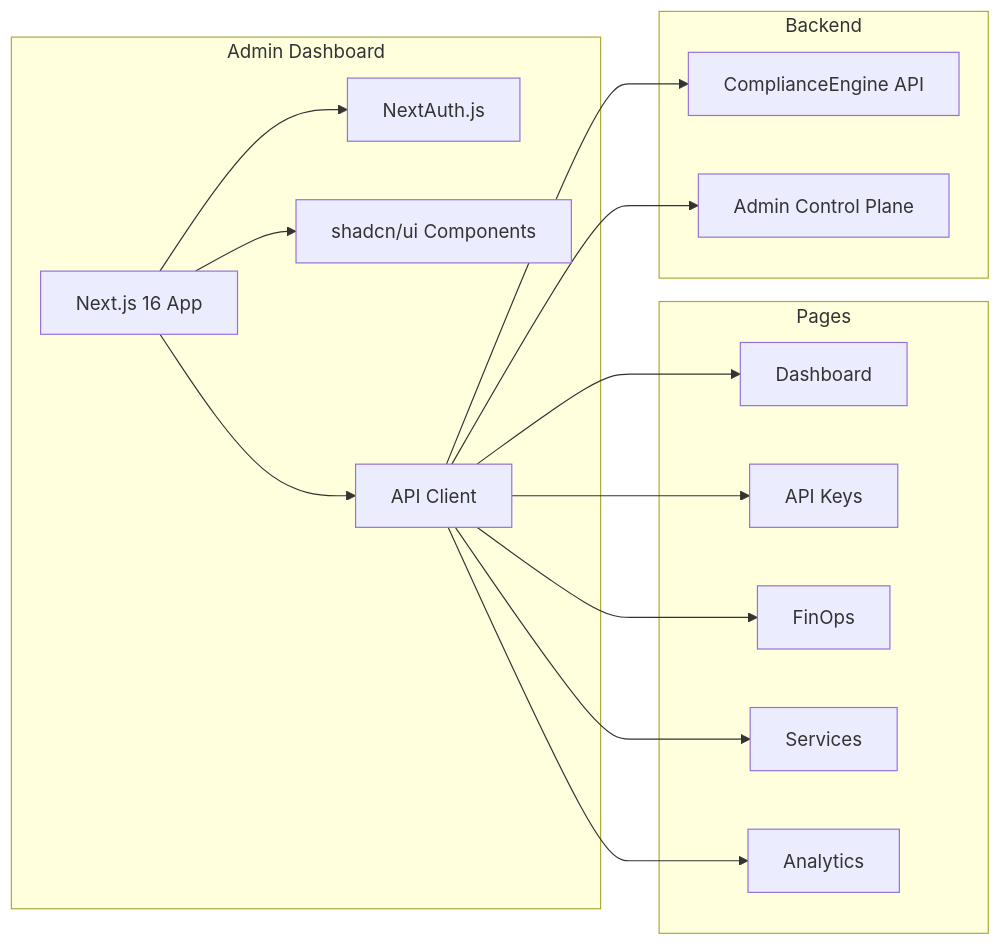
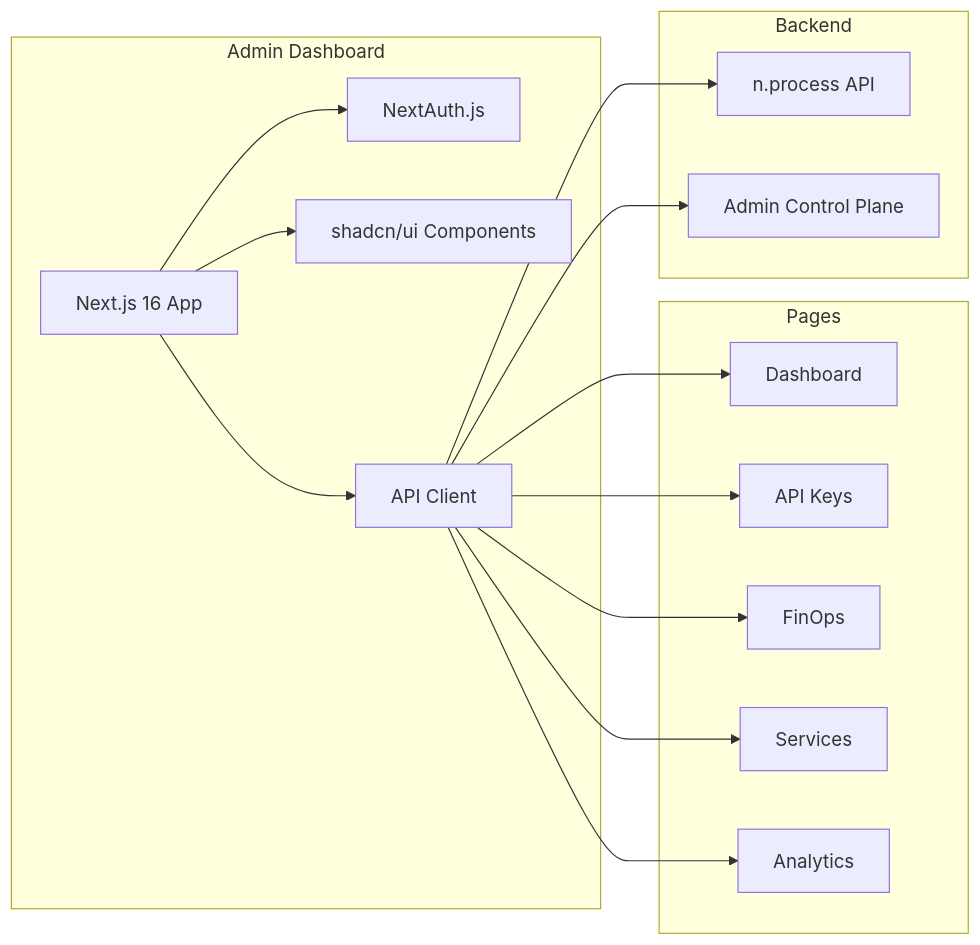
Before and after one commit to resper1965/nprocess: the seventh of 12 diagrams in README.md, drawn with Mermaid. The commit also changed other lines of this file and 43 other files, not shown here.

First line of the commit message:
refactor: rebrand from ComplianceEngine to n.process

````diff
--- a/README.md
+++ b/README.md
@@ -313,34 +313,34 @@
 ```mermaid
 graph LR
     subgraph "Admin Dashboard"
         A[Next.js 16 App]
         B[NextAuth.js]
         C[shadcn/ui Components]
         D[API Client]
     end
     
     subgraph "Pages"
         E[Dashboard]
         F[API Keys]
         G[FinOps]
         H[Services]
         I[Analytics]
     end
     
     subgraph "Backend"
-        J[ComplianceEngine API]
+        J[n.process API]
         K[Admin Control Plane]
     end
     
     A --> B
     A --> C
     A --> D
     D --> E
     D --> F
     D --> G
     D --> H
     D --> I
     
     D --> J
     D --> K
 ```
````
